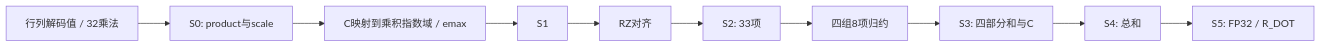
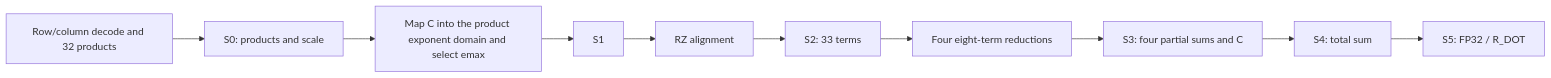
The diagram in doc/rtl_specs/dot/blackwell_f4f6f8_dot.md (yuhin777/Allegro), drawn with Mermaid before and after one commit. The commit also changed other lines of this file and 45 other files, not shown here.

````diff
--- a/doc/rtl_specs/dot/blackwell_f4f6f8_dot.md
+++ b/doc/rtl_specs/dot/blackwell_f4f6f8_dot.md
@@ -12,12 +12,12 @@
 ```mermaid
 flowchart LR
-  I[行列解码值 / 32乘法] --> S0[S0: product与scale]
-  S0 --> E[C映射到乘积指数域 / emax]
+  I["Row/column decode and 32 products"] --> S0["S0: products and scale"]
+  S0 --> E["Map C into the product exponent domain and select emax"]
   E --> S1[S1]
-  S1 --> AL[RZ对齐]
-  AL --> S2[S2: 33项]
-  S2 --> R[四组8项归约]
-  R --> S3[S3: 四部分和与C]
-  S3 --> S4[S4: 总和]
+  S1 --> AL["RZ alignment"]
+  AL --> S2["S2: 33 terms"]
+  S2 --> R["Four eight-term reductions"]
+  R --> S3["S3: four partial sums and C"]
+  S3 --> S4["S4: total sum"]
   S4 --> S5[S5: FP32 / R_DOT]
 ```
````
